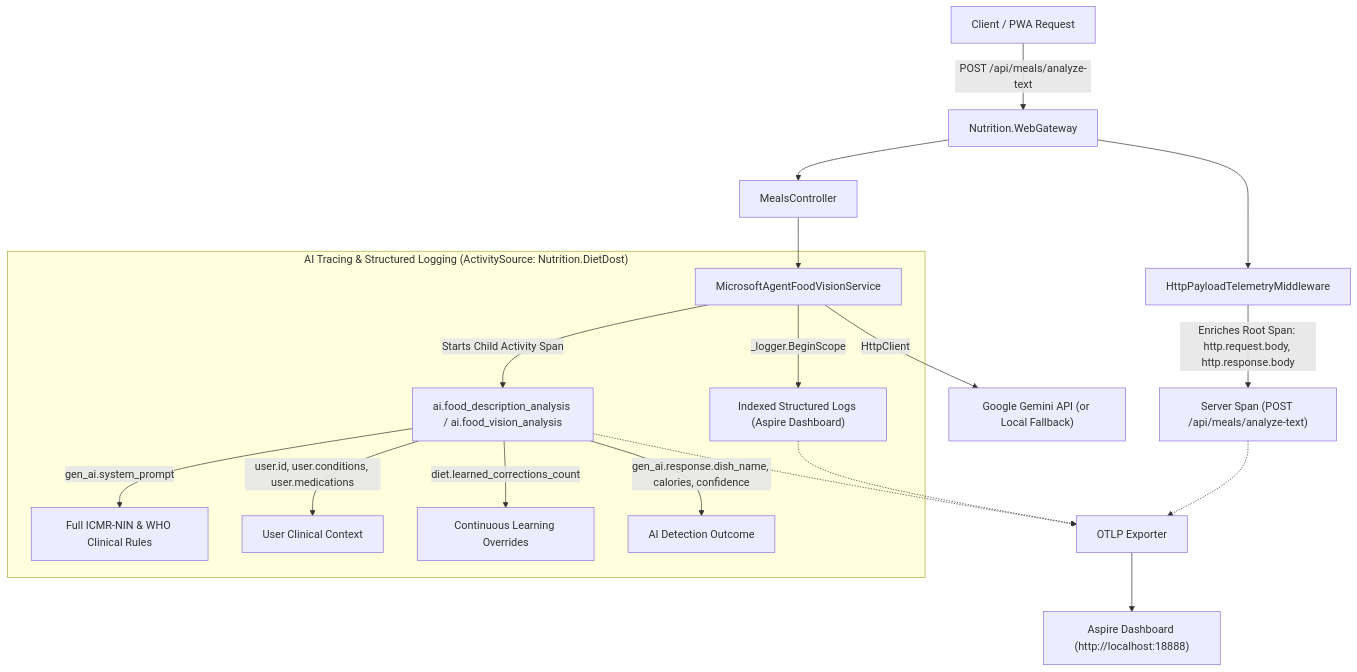
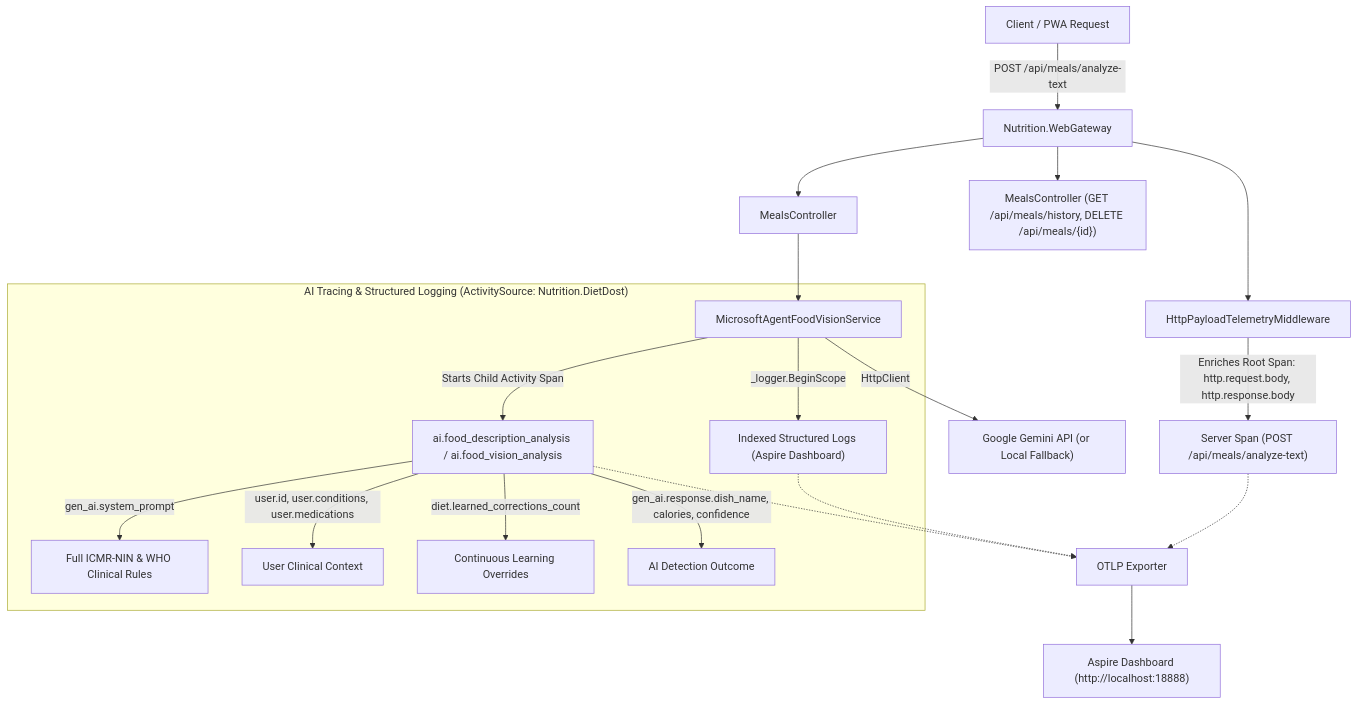
The diagram in docs/sdd/05_devops_and_infrastructure.md (nikunjbanker/diet-dost), drawn with Mermaid before and after one commit. The commit also changed other lines of this file and 29 other files, not shown here.

````diff
--- a/docs/sdd/05_devops_and_infrastructure.md
+++ b/docs/sdd/05_devops_and_infrastructure.md
@@ -36,23 +36,24 @@
 ```mermaid
 flowchart TD
     Client["Client / PWA Request"] -->|"POST /api/meals/analyze-text"| Gateway["Nutrition.WebGateway"]
     Gateway --> Middleware["HttpPayloadTelemetryMiddleware"]
     Middleware -->|"Enriches Root Span: http.request.body, http.response.body"| RootSpan["Server Span (POST /api/meals/analyze-text)"]
     Gateway --> Controller["MealsController"]
+    Gateway --> DiaryController["MealsController (GET /api/meals/history, DELETE /api/meals/{id})"]
     Controller --> Agent["MicrosoftAgentFoodVisionService"]
     
     subgraph AI_Observability["AI Tracing & Structured Logging (ActivitySource: Nutrition.DietDost)"]
         Agent -->|"Starts Child Activity Span"| AISpan["ai.food_description_analysis / ai.food_vision_analysis"]
         AISpan -->|"gen_ai.system_prompt"| PromptTag["Full ICMR-NIN & WHO Clinical Rules"]
         AISpan -->|"user.id, user.conditions, user.medications"| ContextTags["User Clinical Context"]
         AISpan -->|"diet.learned_corrections_count"| MemoryTags["Continuous Learning Overrides"]
         AISpan -->|"gen_ai.response.dish_name, calories, confidence"| OutputTags["AI Detection Outcome"]
         Agent -->|"_logger.BeginScope"| StructuredLogs["Indexed Structured Logs (Aspire Dashboard)"]
     end
     
     Agent -->|"HttpClient"| Gemini["Google Gemini API (or Local Fallback)"]
     RootSpan -.-> OTLP["OTLP Exporter"]
     AISpan -.-> OTLP
     StructuredLogs -.-> OTLP
     OTLP --> AspireDash["Aspire Dashboard (http://localhost:18888)"]
 ```
````
